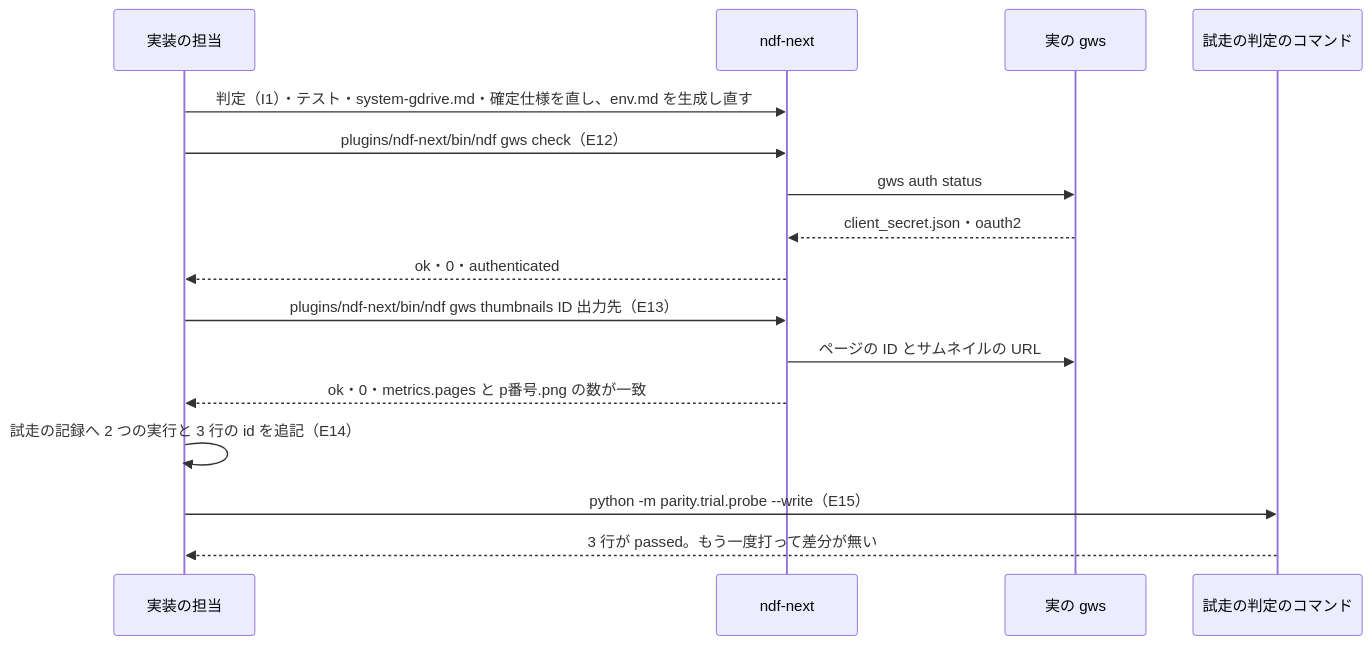
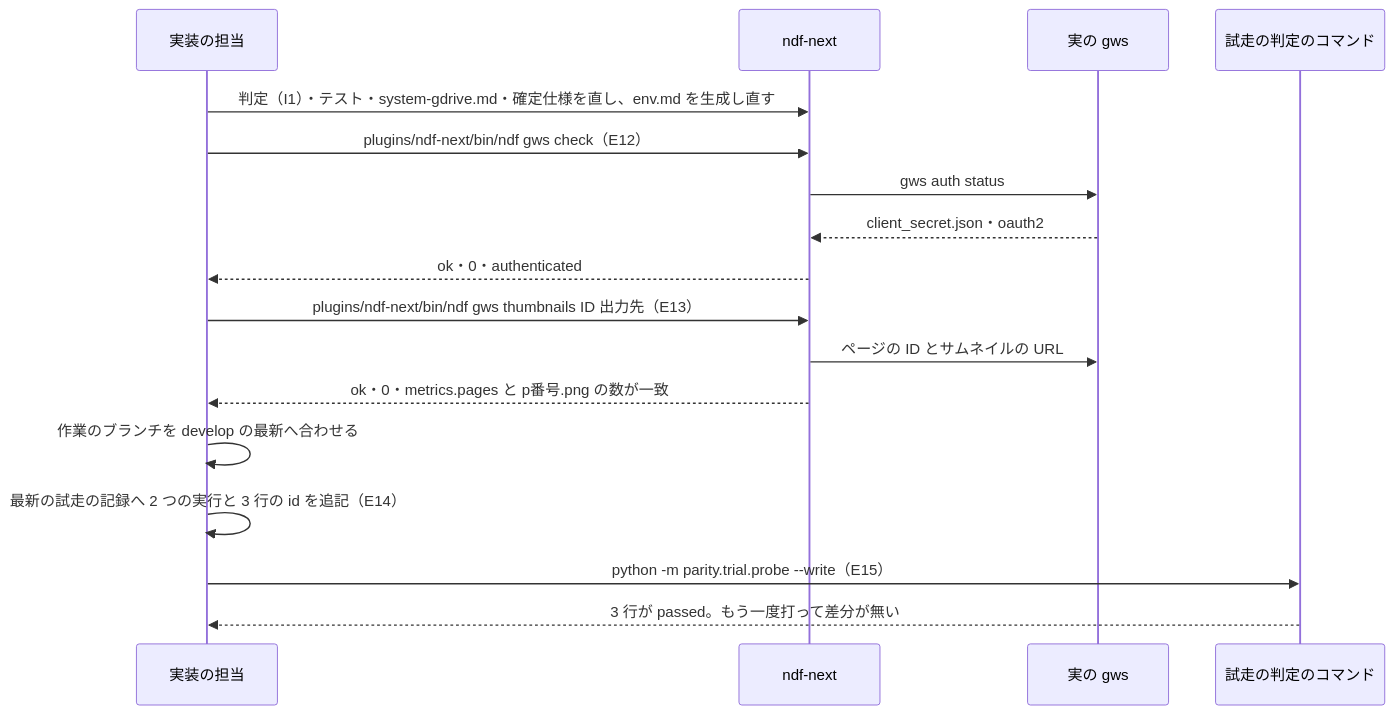
One commit to devbasex/ai-plugins changed the second of 2 diagrams in issues/issue-3547-design.md. Above: the diagram before and after it, drawn with Mermaid. The commit also changed other lines of this file, not shown here.

````diff
--- a/issues/issue-3547-design.md
+++ b/issues/issue-3547-design.md
@@ -188,18 +190,19 @@
 ```mermaid
 sequenceDiagram
   participant W as 実装の担当
   participant N as ndf-next
   participant G as 実の gws
   participant P as 試走の判定のコマンド
   W->>N: 判定（I1）・テスト・system-gdrive.md・確定仕様を直し、env.md を生成し直す
   W->>N: plugins/ndf-next/bin/ndf gws check（E12）
   N->>G: gws auth status
   G-->>N: client_secret.json・oauth2
   N-->>W: ok・0・authenticated
   W->>N: plugins/ndf-next/bin/ndf gws thumbnails ID 出力先（E13）
   N->>G: ページの ID とサムネイルの URL
   N-->>W: ok・0・metrics.pages と p番号.png の数が一致
-  W->>W: 試走の記録へ 2 つの実行と 3 行の id を追記（E14）
+  W->>W: 作業のブランチを develop の最新へ合わせる
+  W->>W: 最新の試走の記録へ 2 つの実行と 3 行の id を追記（E14）
   W->>P: python -m parity.trial.probe --write（E15）
   P-->>W: 3 行が passed。もう一度打って差分が無い
 ```
````
